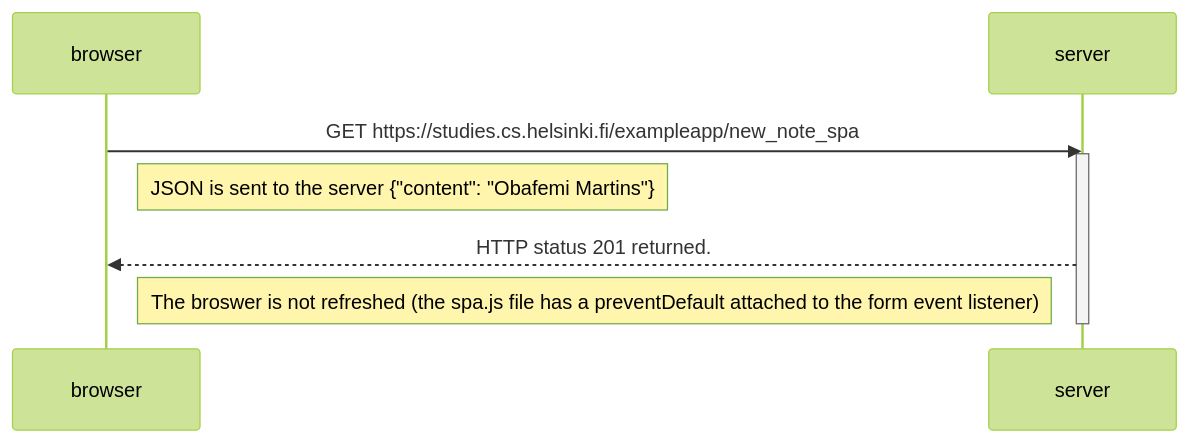
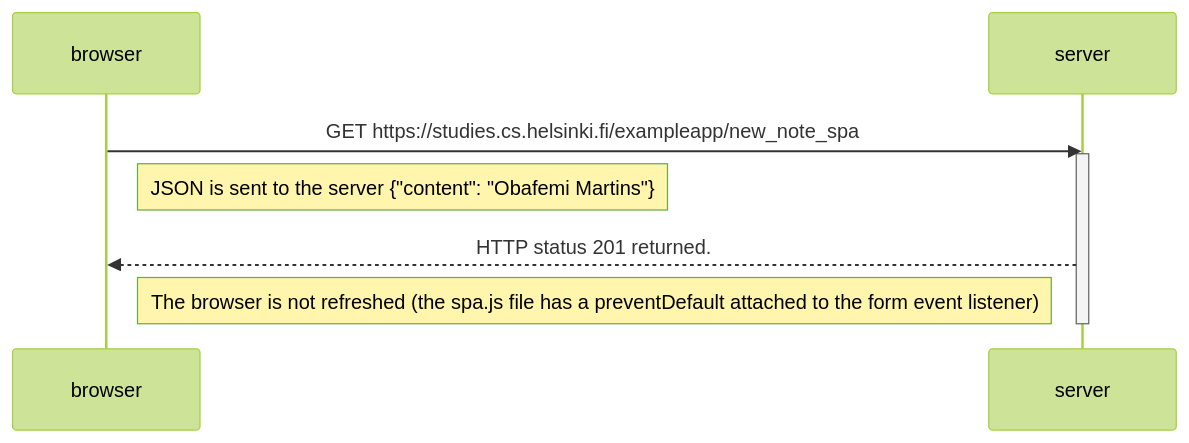
Before and after one commit to Casssb/fullstackopen: the diagram in part0/0.6-new_note_spa_diagram.md, drawn with Mermaid (forest theme).

Commit message:
correct spelling in 0.6

````diff
--- a/part0/0.6-new_note_spa_diagram.md
+++ b/part0/0.6-new_note_spa_diagram.md
@@ -1,12 +1,12 @@
 ```mermaid
 sequenceDiagram
     participant browser
     participant server
 
     browser->>server: GET https://studies.cs.helsinki.fi/exampleapp/new_note_spa
     activate server
     Note right of browser: JSON is sent to the server {"content": "Obafemi Martins"}
     server-->>browser: HTTP status 201 returned. 
-    Note right of browser: The broswer is not refreshed (the spa.js file has a preventDefault attached to the form event listener)
+    Note right of browser: The browser is not refreshed (the spa.js file has a preventDefault attached to the form event listener)
     deactivate server
 ```
````
